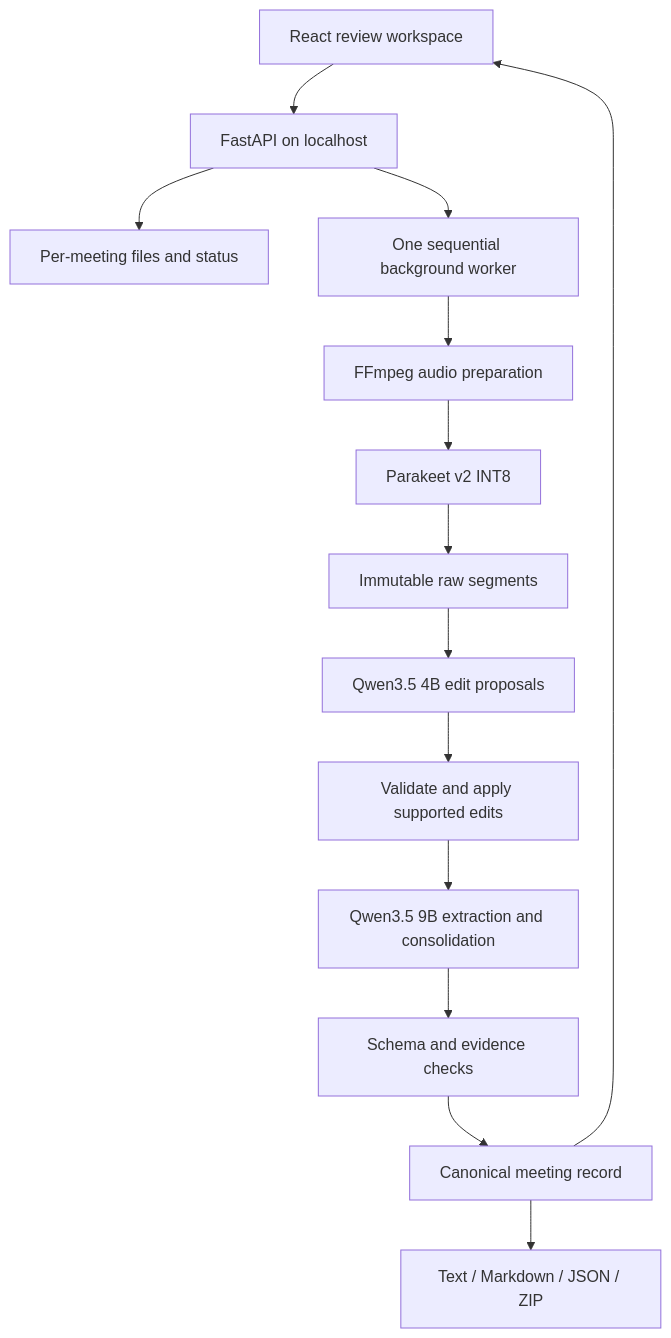
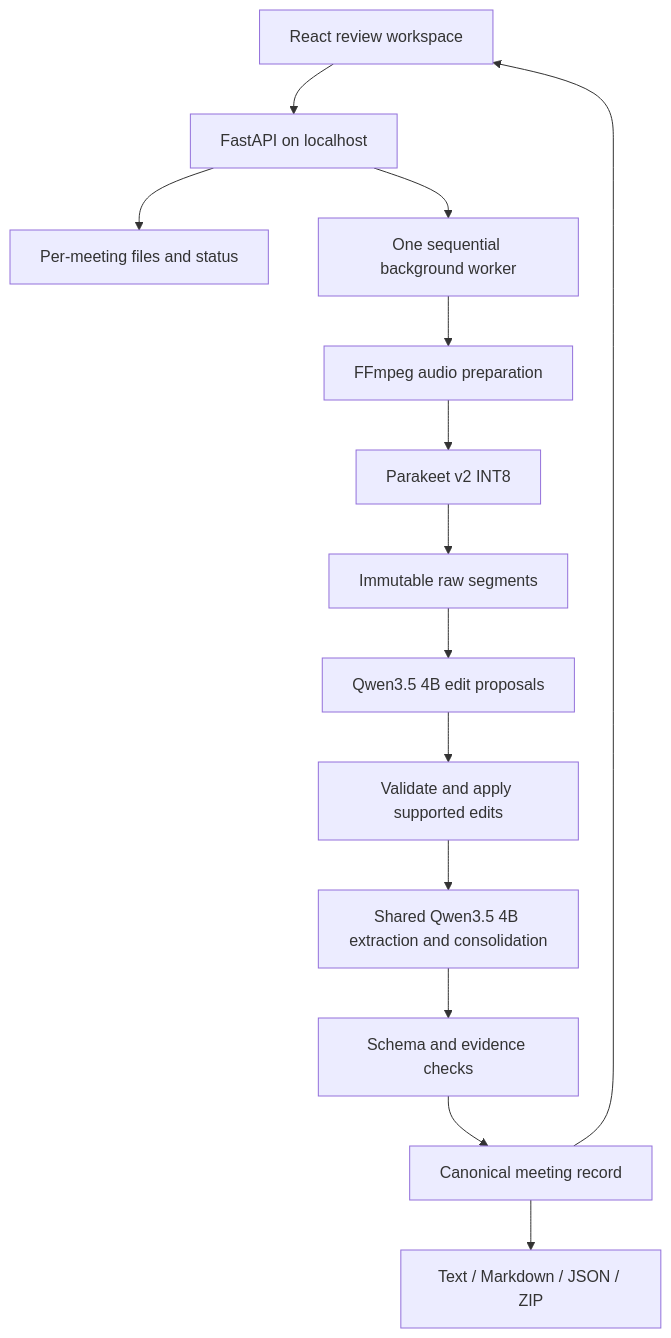
Before and after one commit to mynkz3/metawispr: the diagram in docs/DESIGN.md, drawn with Mermaid. The commit also changed other lines of this file and 16 other files, not shown here.

Commit message:
feat: use shared Qwen 4B for local LLM stages

````diff
--- a/docs/DESIGN.md
+++ b/docs/DESIGN.md
@@ -69,16 +69,16 @@
 ```mermaid
 flowchart TD
     UI[React review workspace] --> API[FastAPI on localhost]
     API --> FILES[Per-meeting files and status]
     API --> WORKER[One sequential background worker]
     WORKER --> AUDIO[FFmpeg audio preparation]
     AUDIO --> ASR[Parakeet v2 INT8]
     ASR --> RAW[Immutable raw segments]
     RAW --> REF[Qwen3.5 4B edit proposals]
     REF --> GUARD[Validate and apply supported edits]
-    GUARD --> DOC[Qwen3.5 9B extraction and consolidation]
+    GUARD --> DOC[Shared Qwen3.5 4B extraction and consolidation]
     DOC --> CHECK[Schema and evidence checks]
     CHECK --> RECORD[Canonical meeting record]
     RECORD --> UI
     RECORD --> EXPORT[Text / Markdown / JSON / ZIP]
 ```
````
